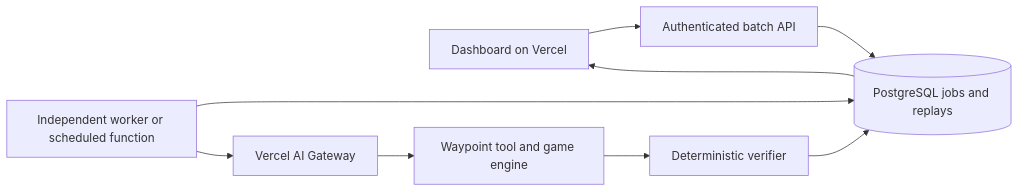
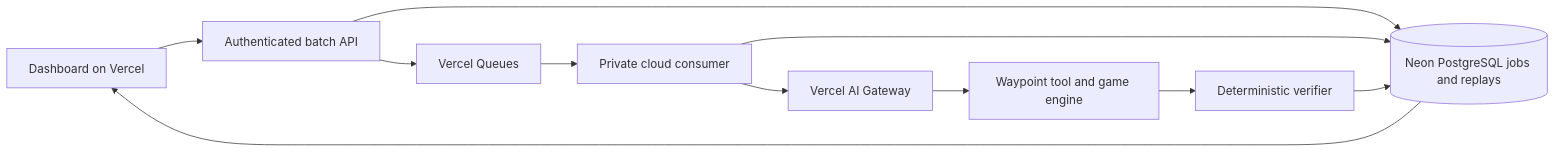
Before and after one commit to yosuke37/glitch-hunt: the diagram in README.md, drawn with Mermaid. The commit also changed other lines of this file and 15 other files, not shown here.

Commit message:
Activate Neon persistence and private Vercel queue consumers

````diff
--- a/README.md
+++ b/README.md
@@ -94,11 +95,13 @@
 ```mermaid
 flowchart LR
   UI[Dashboard on Vercel] --> API[Authenticated batch API]
-  API --> PG[(PostgreSQL jobs and replays)]
-  W[Independent worker or scheduled function] --> PG
+  API --> PG[(Neon PostgreSQL jobs and replays)]
+  API --> Q[Vercel Queues]
+  Q --> W[Private cloud consumer]
+  W --> PG
   W --> G[Vercel AI Gateway]
   G --> T[Waypoint tool and game engine]
   T --> V[Deterministic verifier]
   V --> PG
   PG --> UI
 ```
````
